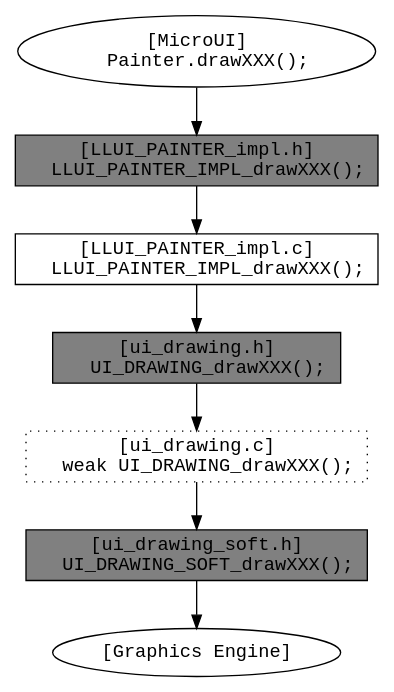
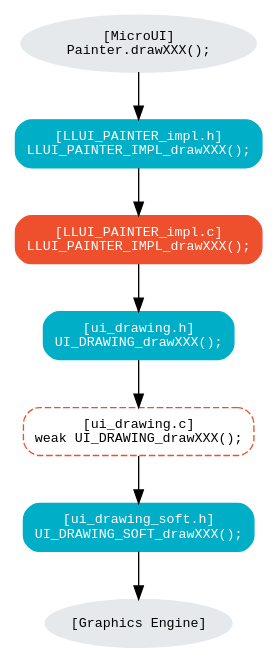
The first of 4 diagrams in VEEPortingGuide/uiDrawings.rst (MicroEJ/docs), drawn with Graphviz before and after one commit. The commit also changed other lines of this file, not shown here.

Commit message:
Update graphs in Drawings section.

```diff
--- a/VEEPortingGuide/uiDrawings.rst
+++ b/VEEPortingGuide/uiDrawings.rst
@@ -92,29 +92,36 @@
 .. graphviz::
 
    digraph {
 
       ratio="auto"
       splines="true";
-      node [style=filled fillcolor=white shape=rectangle fontname=monospace fontcolor=black width=3];
+      node [style="filled,rounded" fontname="monospace" fontsize="10"];
+      
+      { //out
+         node [shape="ellipse" color="#e5e9eb" fontcolor="black"] mui, UID_soft_c
+      }
+      { // h
+         node [shape="box" color="#00aec7" fontcolor="white"] LLUI_h, UID_h, UID_soft_h
+      }
+      { // c
+         node [shape="box" color="#ee502e" fontcolor="white"] LLUI_c
+      }
+      { // weak
+         node [shape="box" style="dashed,rounded" color="#ee502e"] UID_weak_c
+      }
          
       // --- ELEMENTS -- //
          
-      mui [label="[MicroUI]
-      Painter.drawXXX();"  shape=ellipse] 
-      LLUI_h [label="[LLUI_PAINTER_impl.h]
-      LLUI_PAINTER_IMPL_drawXXX();" fillcolor=gray]
-      LLUI_c [label="[LLUI_PAINTER_impl.c]
-      LLUI_PAINTER_IMPL_drawXXX();"]
-      UID_h [label="[ui_drawing.h]
-      UI_DRAWING_drawXXX();" fillcolor=gray]
-      UID_weak_c [label="[ui_drawing.c]
-      weak UI_DRAWING_drawXXX();" style=dotted]
-      UID_soft_h [label="[ui_drawing_soft.h]
-      UI_DRAWING_SOFT_drawXXX();" fillcolor=gray]
-      UID_soft_c [label="[Graphics Engine]" shape=ellipse]
+      mui [label="[MicroUI]\nPainter.drawXXX();"] 
+      LLUI_h [label="[LLUI_PAINTER_impl.h]\nLLUI_PAINTER_IMPL_drawXXX();"]
+      LLUI_c [label="[LLUI_PAINTER_impl.c]\nLLUI_PAINTER_IMPL_drawXXX();"]
+      UID_h [label="[ui_drawing.h]\nUI_DRAWING_drawXXX();"]
+      UID_weak_c [label="[ui_drawing.c]\nweak UI_DRAWING_drawXXX();"]
+      UID_soft_h [label="[ui_drawing_soft.h]\nUI_DRAWING_SOFT_drawXXX();"]
+      UID_soft_c [label="[Graphics Engine]"]
          
       // --- FLOW -- //
 
       mui->LLUI_h->LLUI_c->UID_h->UID_weak_c->UID_soft_h->UID_soft_c
 
    }
```
